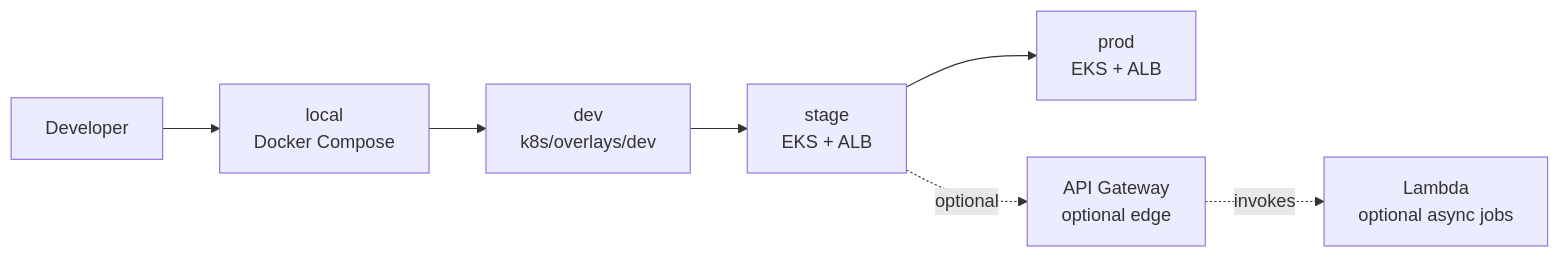
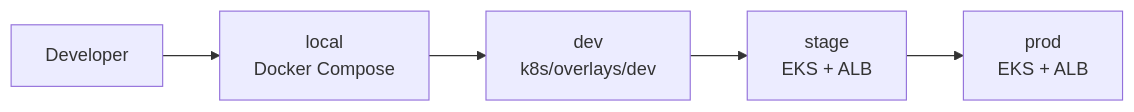
The first of 4 diagrams in README.md (zhanggu9/stock-coin-trade), drawn with Mermaid before and after one commit. The commit also changed other lines of this file and 121 other files, not shown here.

````diff
--- a/README.md
+++ b/README.md
@@ -359,17 +404,13 @@
 ```mermaid
 flowchart LR
     DEV[Developer]
     LOCAL[local<br/>Docker Compose]
     DEVK8S[dev<br/>k8s/overlays/dev]
     STAGE[stage<br/>EKS + ALB]
     PROD[prod<br/>EKS + ALB]
-    APIGW[API Gateway<br/>optional edge]
-    LAMBDA[Lambda<br/>optional async jobs]
 
     DEV --> LOCAL
     LOCAL --> DEVK8S
     DEVK8S --> STAGE
     STAGE --> PROD
-    STAGE -. optional .-> APIGW
-    APIGW -. invokes .-> LAMBDA
 ```
````
